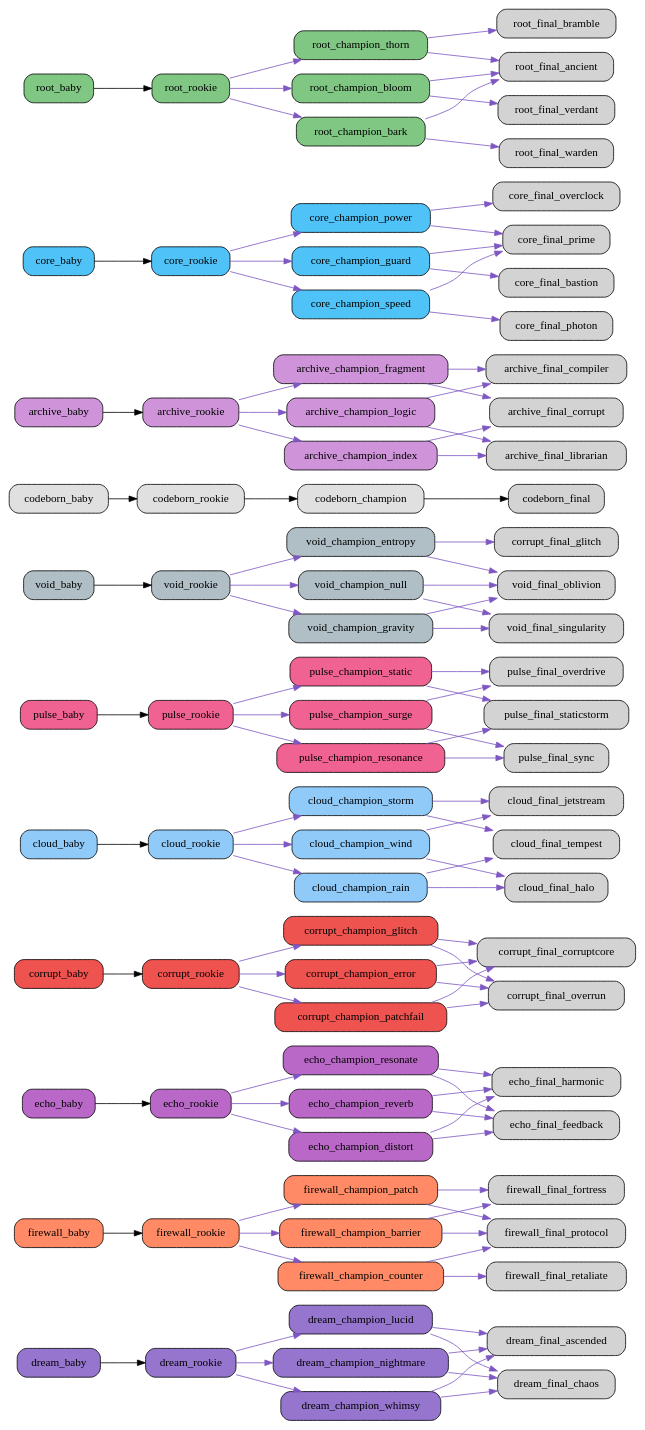
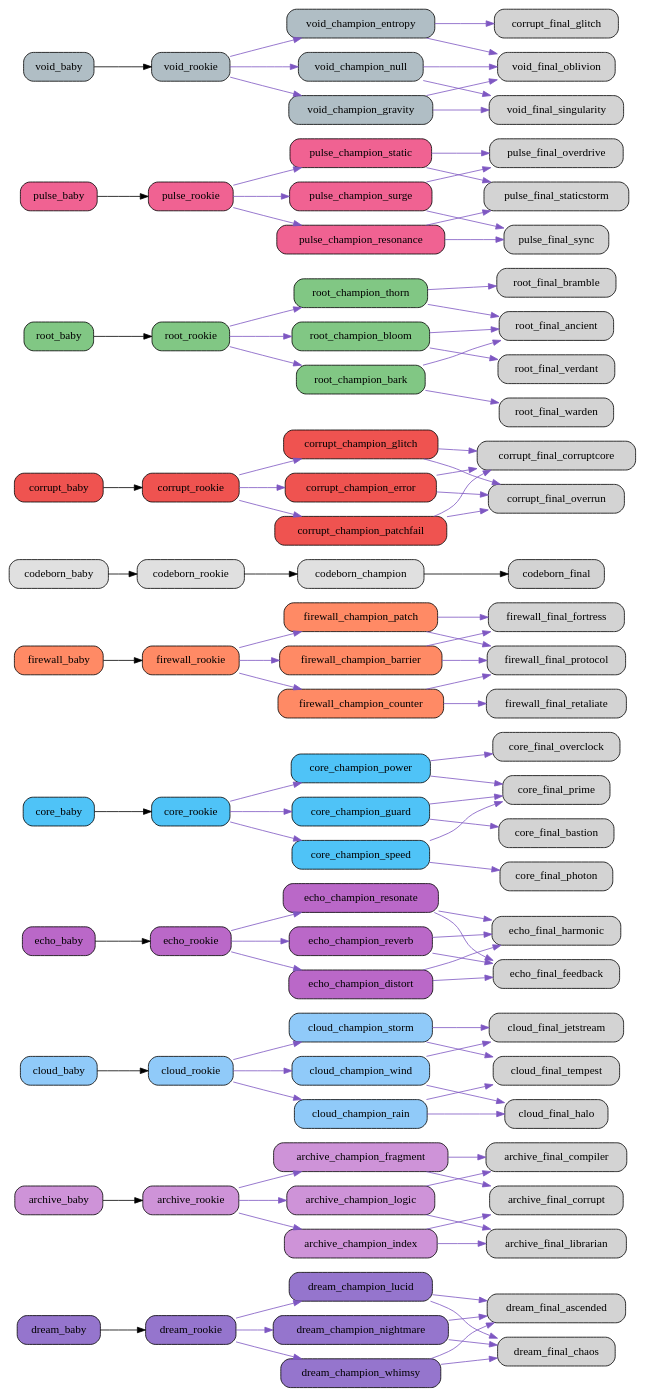
Before and after one commit to bwlight/NetGrid: the diagram in src/netgrid/systems/evolution/graphs/full/evolution_graph.dot, drawn with Graphviz. The commit also changed other lines of this file and 8 other files, not shown here.

Commit message:
Auto-update evolution graphs

```diff
--- a/src/netgrid/systems/evolution/graphs/full/evolution_graph.dot
+++ b/src/netgrid/systems/evolution/graphs/full/evolution_graph.dot
@@ -16,6 +16,66 @@
   "dream_champion_whimsy" [fillcolor="#9575cd"];
   "dream_champion_whimsy" -> "dream_final_ascended" [color="#7e57c2"];
   "dream_champion_whimsy" -> "dream_final_chaos" [color="#7e57c2"];
+  "archive_baby" [fillcolor="#ce93d8"];
+  "archive_baby" -> "archive_rookie";
+  "archive_rookie" [fillcolor="#ce93d8"];
+  "archive_rookie" -> "archive_champion_logic" [color="#7e57c2"];
+  "archive_rookie" -> "archive_champion_index" [color="#7e57c2"];
+  "archive_rookie" -> "archive_champion_fragment" [color="#7e57c2"];
+  "archive_champion_logic" [fillcolor="#ce93d8"];
+  "archive_champion_logic" -> "archive_final_compiler" [color="#7e57c2"];
+  "archive_champion_logic" -> "archive_final_librarian" [color="#7e57c2"];
+  "archive_champion_index" [fillcolor="#ce93d8"];
+  "archive_champion_index" -> "archive_final_librarian" [color="#7e57c2"];
+  "archive_champion_index" -> "archive_final_corrupt" [color="#7e57c2"];
+  "archive_champion_fragment" [fillcolor="#ce93d8"];
+  "archive_champion_fragment" -> "archive_final_corrupt" [color="#7e57c2"];
+  "archive_champion_fragment" -> "archive_final_compiler" [color="#7e57c2"];
+  "cloud_baby" [fillcolor="#90caf9"];
+  "cloud_baby" -> "cloud_rookie";
+  "cloud_rookie" [fillcolor="#90caf9"];
+  "cloud_rookie" -> "cloud_champion_wind" [color="#7e57c2"];
+  "cloud_rookie" -> "cloud_champion_rain" [color="#7e57c2"];
+  "cloud_rookie" -> "cloud_champion_storm" [color="#7e57c2"];
+  "cloud_champion_wind" [fillcolor="#90caf9"];
+  "cloud_champion_wind" -> "cloud_final_jetstream" [color="#7e57c2"];
+  "cloud_champion_wind" -> "cloud_final_halo" [color="#7e57c2"];
+  "cloud_champion_rain" [fillcolor="#90caf9"];
+  "cloud_champion_rain" -> "cloud_final_halo" [color="#7e57c2"];
+  "cloud_champion_rain" -> "cloud_final_tempest" [color="#7e57c2"];
+  "cloud_champion_storm" [fillcolor="#90caf9"];
+  "cloud_champion_storm" -> "cloud_final_tempest" [color="#7e57c2"];
+  "cloud_champion_storm" -> "cloud_final_jetstream" [color="#7e57c2"];
+  "echo_baby" [fillcolor="#ba68c8"];
+  "echo_baby" -> "echo_rookie";
+  "echo_rookie" [fillcolor="#ba68c8"];
+  "echo_rookie" -> "echo_champion_resonate" [color="#7e57c2"];
+  "echo_rookie" -> "echo_champion_reverb" [color="#7e57c2"];
+  "echo_rookie" -> "echo_champion_distort" [color="#7e57c2"];
+  "echo_champion_resonate" [fillcolor="#ba68c8"];
+  "echo_champion_resonate" -> "echo_final_harmonic" [color="#7e57c2"];
+  "echo_champion_resonate" -> "echo_final_feedback" [color="#7e57c2"];
+  "echo_champion_reverb" [fillcolor="#ba68c8"];
+  "echo_champion_reverb" -> "echo_final_feedback" [color="#7e57c2"];
+  "echo_champion_reverb" -> "echo_final_harmonic" [color="#7e57c2"];
+  "echo_champion_distort" [fillcolor="#ba68c8"];
+  "echo_champion_distort" -> "echo_final_feedback" [color="#7e57c2"];
+  "echo_champion_distort" -> "echo_final_harmonic" [color="#7e57c2"];
+  "core_baby" [fillcolor="#4fc3f7"];
+  "core_baby" -> "core_rookie";
+  "core_rookie" [fillcolor="#4fc3f7"];
+  "core_rookie" -> "core_champion_power" [color="#7e57c2"];
+  "core_rookie" -> "core_champion_guard" [color="#7e57c2"];
+  "core_rookie" -> "core_champion_speed" [color="#7e57c2"];
+  "core_champion_power" [fillcolor="#4fc3f7"];
+  "core_champion_power" -> "core_final_overclock" [color="#7e57c2"];
+  "core_champion_power" -> "core_final_prime" [color="#7e57c2"];
+  "core_champion_guard" [fillcolor="#4fc3f7"];
+  "core_champion_guard" -> "core_final_bastion" [color="#7e57c2"];
+  "core_champion_guard" -> "core_final_prime" [color="#7e57c2"];
+  "core_champion_speed" [fillcolor="#4fc3f7"];
+  "core_champion_speed" -> "core_final_photon" [color="#7e57c2"];
+  "core_champion_speed" -> "core_final_prime" [color="#7e57c2"];
   "firewall_baby" [fillcolor="#ff8a65"];
   "firewall_baby" -> "firewall_rookie";
   "firewall_rookie" [fillcolor="#ff8a65"];
@@ -31,21 +91,12 @@
   "firewall_champion_patch" [fillcolor="#ff8a65"];
   "firewall_champion_patch" -> "firewall_final_protocol" [color="#7e57c2"];
   "firewall_champion_patch" -> "firewall_final_fortress" [color="#7e57c2"];
-  "echo_baby" [fillcolor="#ba68c8"];
-  "echo_baby" -> "echo_rookie";
-  "echo_rookie" [fillcolor="#ba68c8"];
-  "echo_rookie" -> "echo_champion_resonate" [color="#7e57c2"];
-  "echo_rookie" -> "echo_champion_reverb" [color="#7e57c2"];
-  "echo_rookie" -> "echo_champion_distort" [color="#7e57c2"];
-  "echo_champion_resonate" [fillcolor="#ba68c8"];
-  "echo_champion_resonate" -> "echo_final_harmonic" [color="#7e57c2"];
-  "echo_champion_resonate" -> "echo_final_feedback" [color="#7e57c2"];
-  "echo_champion_reverb" [fillcolor="#ba68c8"];
-  "echo_champion_reverb" -> "echo_final_feedback" [color="#7e57c2"];
-  "echo_champion_reverb" -> "echo_final_harmonic" [color="#7e57c2"];
-  "echo_champion_distort" [fillcolor="#ba68c8"];
-  "echo_champion_distort" -> "echo_final_feedback" [color="#7e57c2"];
-  "echo_champion_distort" -> "echo_final_harmonic" [color="#7e57c2"];
+  "codeborn_baby" [fillcolor="#e0e0e0"];
+  "codeborn_baby" -> "codeborn_rookie";
+  "codeborn_rookie" [fillcolor="#e0e0e0"];
+  "codeborn_rookie" -> "codeborn_champion";
+  "codeborn_champion" [fillcolor="#e0e0e0"];
+  "codeborn_champion" -> "codeborn_final";
   "corrupt_baby" [fillcolor="#ef5350"];
   "corrupt_baby" -> "corrupt_rookie";
   "corrupt_rookie" [fillcolor="#ef5350"];
@@ -61,21 +112,21 @@
   "corrupt_champion_patchfail" [fillcolor="#ef5350"];
   "corrupt_champion_patchfail" -> "corrupt_final_corruptcore" [color="#7e57c2"];
   "corrupt_champion_patchfail" -> "corrupt_final_overrun" [color="#7e57c2"];
-  "cloud_baby" [fillcolor="#90caf9"];
-  "cloud_baby" -> "cloud_rookie";
-  "cloud_rookie" [fillcolor="#90caf9"];
-  "cloud_rookie" -> "cloud_champion_wind" [color="#7e57c2"];
-  "cloud_rookie" -> "cloud_champion_rain" [color="#7e57c2"];
-  "cloud_rookie" -> "cloud_champion_storm" [color="#7e57c2"];
-  "cloud_champion_wind" [fillcolor="#90caf9"];
-  "cloud_champion_wind" -> "cloud_final_jetstream" [color="#7e57c2"];
-  "cloud_champion_wind" -> "cloud_final_halo" [color="#7e57c2"];
-  "cloud_champion_rain" [fillcolor="#90caf9"];
-  "cloud_champion_rain" -> "cloud_final_halo" [color="#7e57c2"];
-  "cloud_champion_rain" -> "cloud_final_tempest" [color="#7e57c2"];
-  "cloud_champion_storm" [fillcolor="#90caf9"];
-  "cloud_champion_storm" -> "cloud_final_tempest" [color="#7e57c2"];
-  "cloud_champion_storm" -> "cloud_final_jetstream" [color="#7e57c2"];
+  "root_baby" [fillcolor="#81c784"];
+  "root_baby" -> "root_rookie";
+  "root_rookie" [fillcolor="#81c784"];
+  "root_rookie" -> "root_champion_thorn" [color="#7e57c2"];
+  "root_rookie" -> "root_champion_bloom" [color="#7e57c2"];
+  "root_rookie" -> "root_champion_bark" [color="#7e57c2"];
+  "root_champion_thorn" [fillcolor="#81c784"];
+  "root_champion_thorn" -> "root_final_bramble" [color="#7e57c2"];
+  "root_champion_thorn" -> "root_final_ancient" [color="#7e57c2"];
+  "root_champion_bloom" [fillcolor="#81c784"];
+  "root_champion_bloom" -> "root_final_ancient" [color="#7e57c2"];
+  "root_champion_bloom" -> "root_final_verdant" [color="#7e57c2"];
+  "root_champion_bark" [fillcolor="#81c784"];
+  "root_champion_bark" -> "root_final_warden" [color="#7e57c2"];
+  "root_champion_bark" -> "root_final_ancient" [color="#7e57c2"];
   "pulse_baby" [fillcolor="#f06292"];
   "pulse_baby" -> "pulse_rookie";
   "pulse_rookie" [fillcolor="#f06292"];
@@ -106,55 +157,4 @@
   "void_champion_null" [fillcolor="#b0bec5"];
   "void_champion_null" -> "void_final_oblivion" [color="#7e57c2"];
   "void_champion_null" -> "void_final_singularity" [color="#7e57c2"];
-  "codeborn_baby" [fillcolor="#e0e0e0"];
-  "codeborn_baby" -> "codeborn_rookie";
-  "codeborn_rookie" [fillcolor="#e0e0e0"];
-  "codeborn_rookie" -> "codeborn_champion";
-  "codeborn_champion" [fillcolor="#e0e0e0"];
-  "codeborn_champion" -> "codeborn_final";
-  "archive_baby" [fillcolor="#ce93d8"];
-  "archive_baby" -> "archive_rookie";
-  "archive_rookie" [fillcolor="#ce93d8"];
-  "archive_rookie" -> "archive_champion_logic" [color="#7e57c2"];
-  "archive_rookie" -> "archive_champion_index" [color="#7e57c2"];
-  "archive_rookie" -> "archive_champion_fragment" [color="#7e57c2"];
-  "archive_champion_logic" [fillcolor="#ce93d8"];
-  "archive_champion_logic" -> "archive_final_compiler" [color="#7e57c2"];
-  "archive_champion_logic" -> "archive_final_librarian" [color="#7e57c2"];
-  "archive_champion_index" [fillcolor="#ce93d8"];
-  "archive_champion_index" -> "archive_final_librarian" [color="#7e57c2"];
-  "archive_champion_index" -> "archive_final_corrupt" [color="#7e57c2"];
-  "archive_champion_fragment" [fillcolor="#ce93d8"];
-  "archive_champion_fragment" -> "archive_final_corrupt" [color="#7e57c2"];
-  "archive_champion_fragment" -> "archive_final_compiler" [color="#7e57c2"];
-  "core_baby" [fillcolor="#4fc3f7"];
-  "core_baby" -> "core_rookie";
-  "core_rookie" [fillcolor="#4fc3f7"];
-  "core_rookie" -> "core_champion_power" [color="#7e57c2"];
-  "core_rookie" -> "core_champion_guard" [color="#7e57c2"];
-  "core_rookie" -> "core_champion_speed" [color="#7e57c2"];
-  "core_champion_power" [fillcolor="#4fc3f7"];
-  "core_champion_power" -> "core_final_overclock" [color="#7e57c2"];
-  "core_champion_power" -> "core_final_prime" [color="#7e57c2"];
-  "core_champion_guard" [fillcolor="#4fc3f7"];
-  "core_champion_guard" -> "core_final_bastion" [color="#7e57c2"];
-  "core_champion_guard" -> "core_final_prime" [color="#7e57c2"];
-  "core_champion_speed" [fillcolor="#4fc3f7"];
-  "core_champion_speed" -> "core_final_photon" [color="#7e57c2"];
-  "core_champion_speed" -> "core_final_prime" [color="#7e57c2"];
-  "root_baby" [fillcolor="#81c784"];
-  "root_baby" -> "root_rookie";
-  "root_rookie" [fillcolor="#81c784"];
-  "root_rookie" -> "root_champion_thorn" [color="#7e57c2"];
-  "root_rookie" -> "root_champion_bloom" [color="#7e57c2"];
-  "root_rookie" -> "root_champion_bark" [color="#7e57c2"];
-  "root_champion_thorn" [fillcolor="#81c784"];
-  "root_champion_thorn" -> "root_final_bramble" [color="#7e57c2"];
-  "root_champion_thorn" -> "root_final_ancient" [color="#7e57c2"];
-  "root_champion_bloom" [fillcolor="#81c784"];
-  "root_champion_bloom" -> "root_final_ancient" [color="#7e57c2"];
-  "root_champion_bloom" -> "root_final_verdant" [color="#7e57c2"];
-  "root_champion_bark" [fillcolor="#81c784"];
-  "root_champion_bark" -> "root_final_warden" [color="#7e57c2"];
-  "root_champion_bark" -> "root_final_ancient" [color="#7e57c2"];
 }
```
